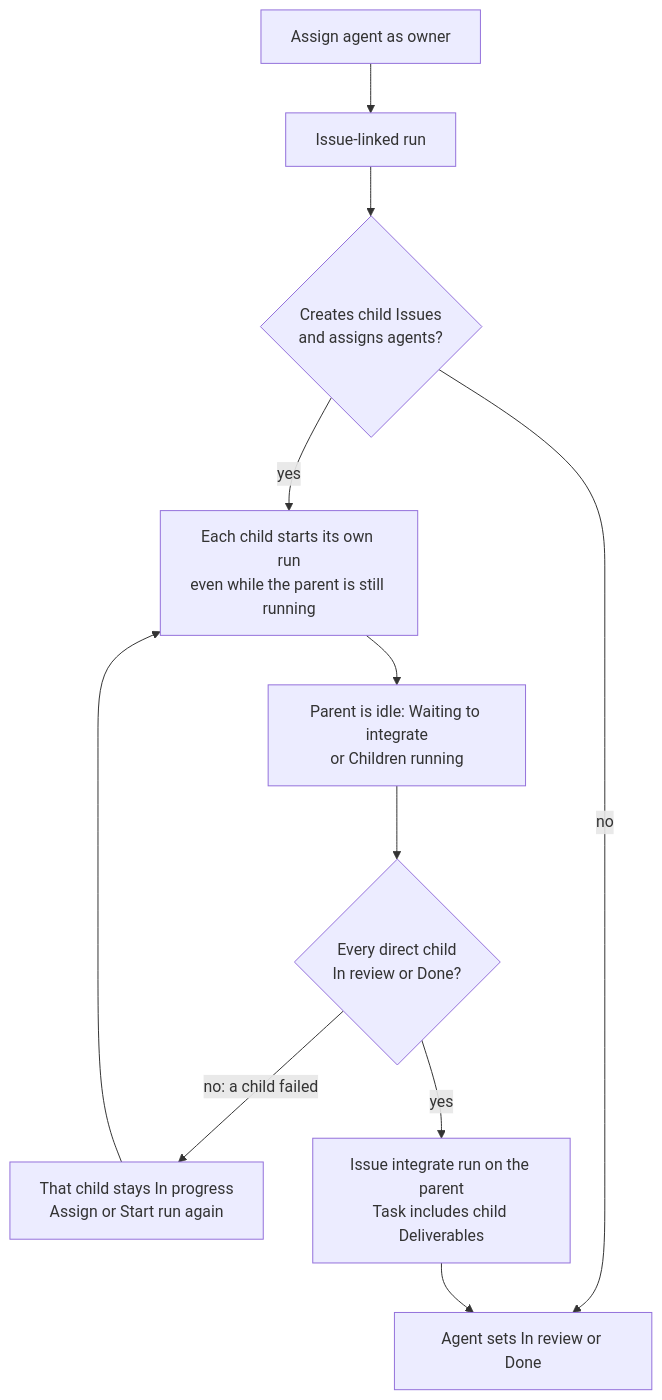
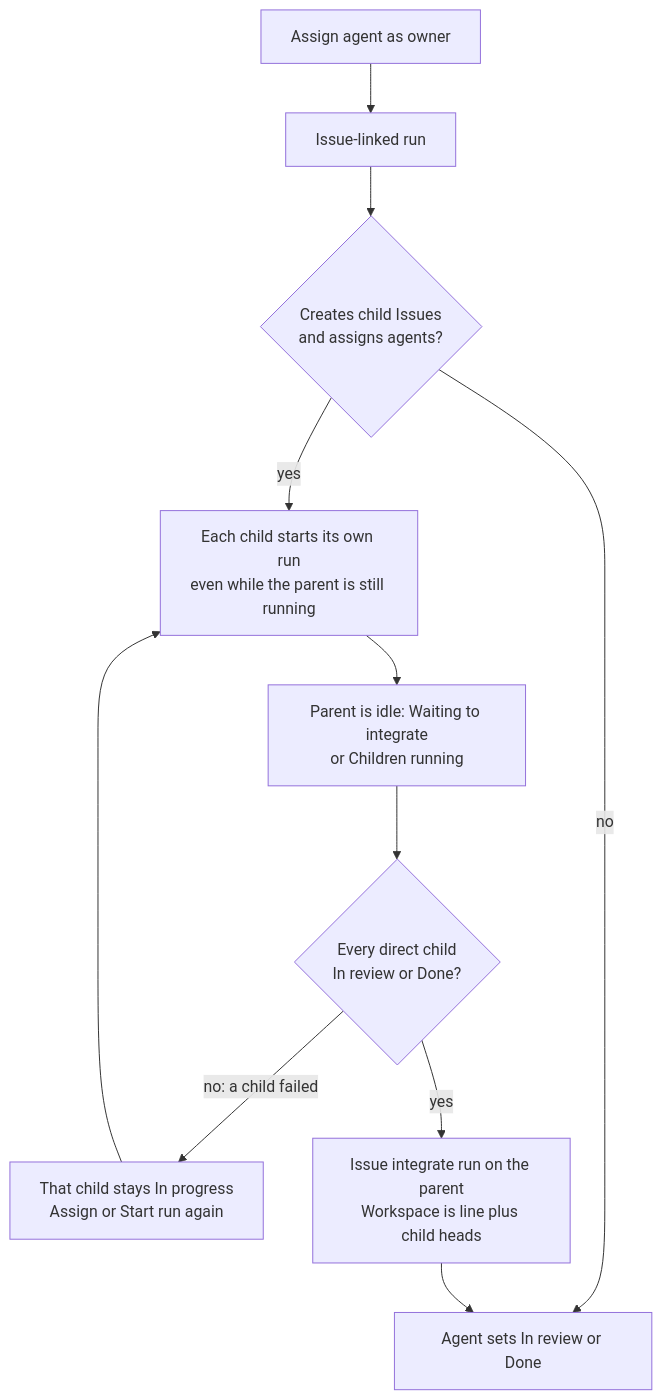
Before and after one commit to 4ug-aug/colony: the diagram in docs/issue-dispatch-integrate.md, drawn with Mermaid. The commit also changed other lines of this file and 13 other files, not shown here.

First line of the commit message:
Support mergeRevisions for Issue integrate checkouts

````diff
--- a/docs/issue-dispatch-integrate.md
+++ b/docs/issue-dispatch-integrate.md
@@ -39,13 +43,13 @@
 ```mermaid
 flowchart TD
   assign["Assign agent as owner"] --> run["Issue-linked run"]
   run --> children{"Creates child Issues<br/>and assigns agents?"}
   children -->|no| finish["Agent sets In review or Done"]
   children -->|yes| childRuns["Each child starts its own run<br/>even while the parent is still running"]
   childRuns --> wait["Parent is idle: Waiting to integrate<br/>or Children running"]
   wait --> settled{"Every direct child<br/>In review or Done?"}
   settled -->|no: a child failed| blocked["That child stays In progress<br/>Assign or Start run again"]
   blocked --> childRuns
-  settled -->|yes| integrate["Issue integrate run on the parent<br/>Task includes child Deliverables"]
+  settled -->|yes| integrate["Issue integrate run on the parent<br/>Workspace is line plus child heads"]
   integrate --> finish
 ```
````
